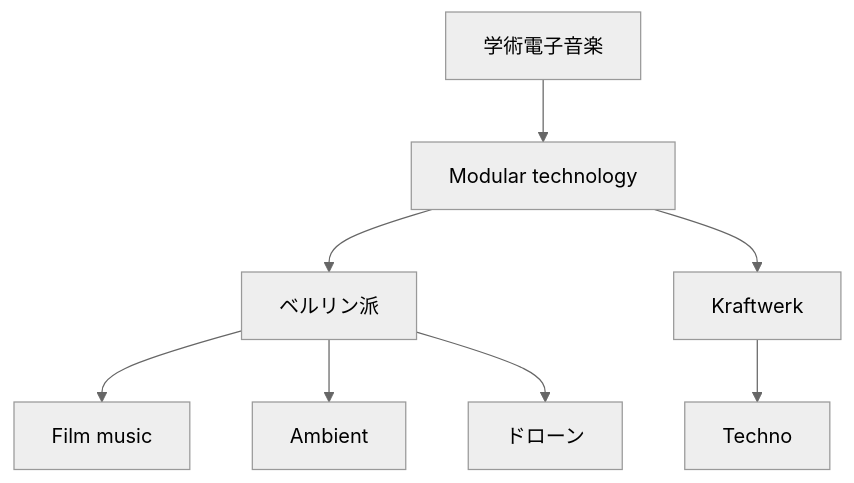
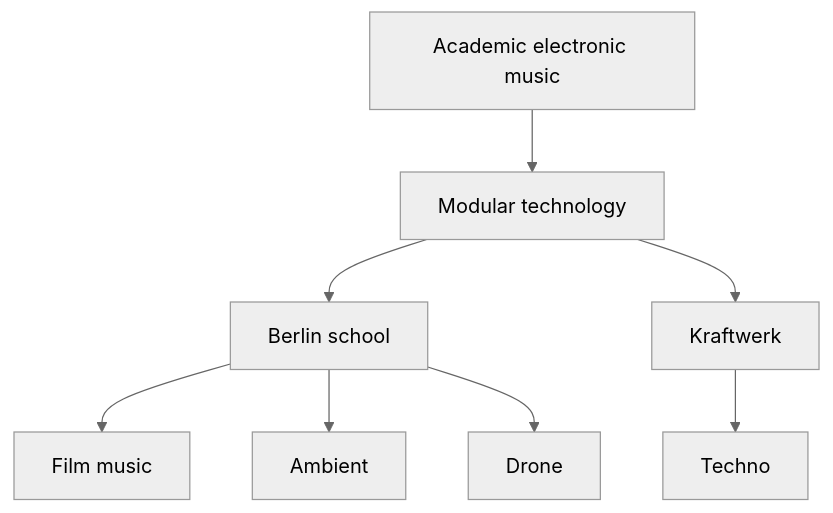
The diagram in en/_posts/2025-12-17-column-progressive-electronic-berlin-school.md (monumental-movement/monumental-movement.github.io), drawn with Mermaid (neutral theme) before and after one commit. The commit also changed other lines of this file and 375 other files, not shown here.

```diff
--- a/en/_posts/2025-12-17-column-progressive-electronic-berlin-school.md
+++ b/en/_posts/2025-12-17-column-progressive-electronic-berlin-school.md
@@ -204,10 +194,10 @@
 <div class="mermaid">
 flowchart TD
-A["学術電子音楽"] --> B["Modular technology"]
-B --> C["ベルリン派"]
+A["Academic electronic music"] --> B["Modular technology"]
+B --> C["Berlin school"]
 C --> D["Film music"]
 C --> E["Ambient"]
-C --> F["ドローン"]
+C --> F["Drone"]
 B --> G["Kraftwerk"]
 G --> H["Techno"]
 </div>
```
